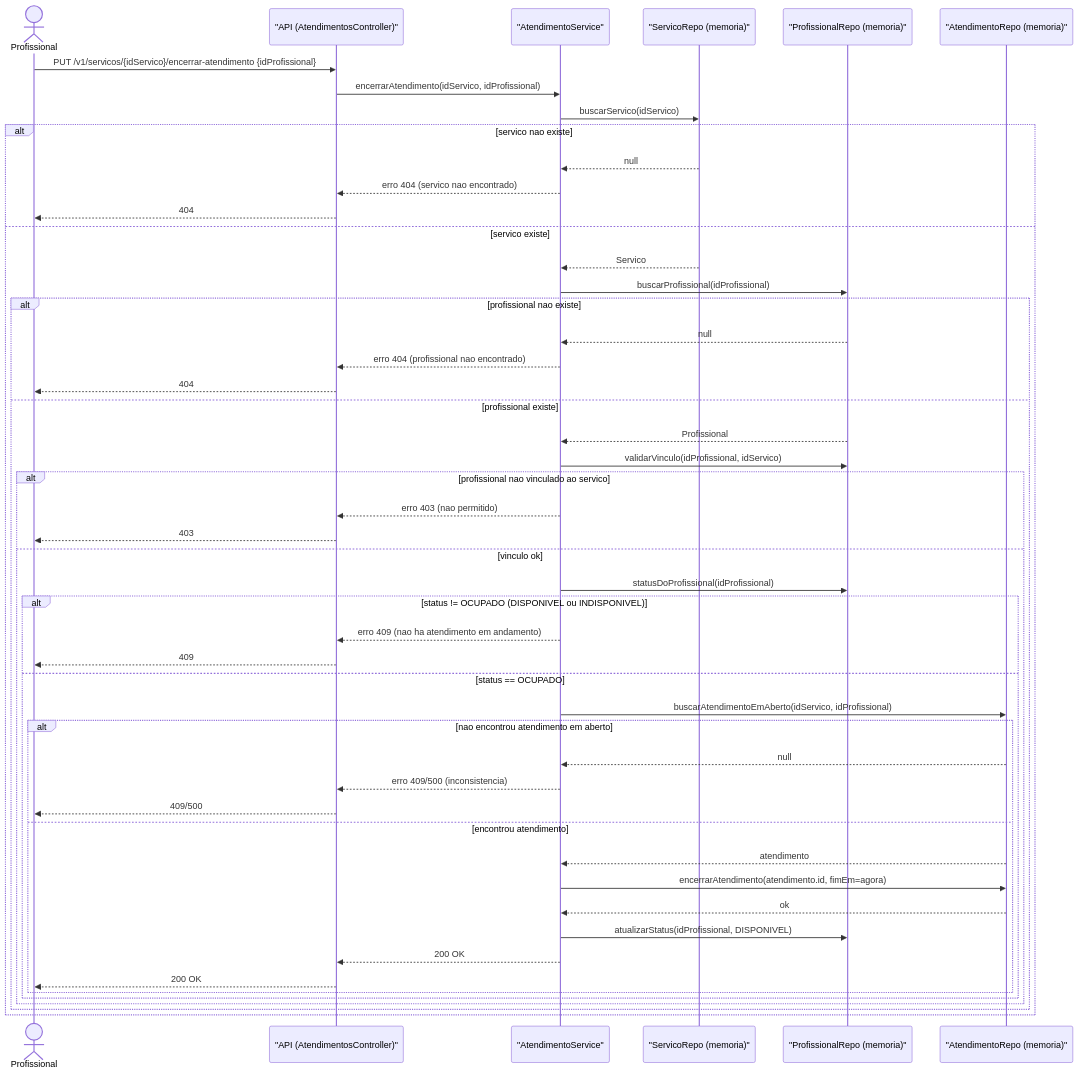
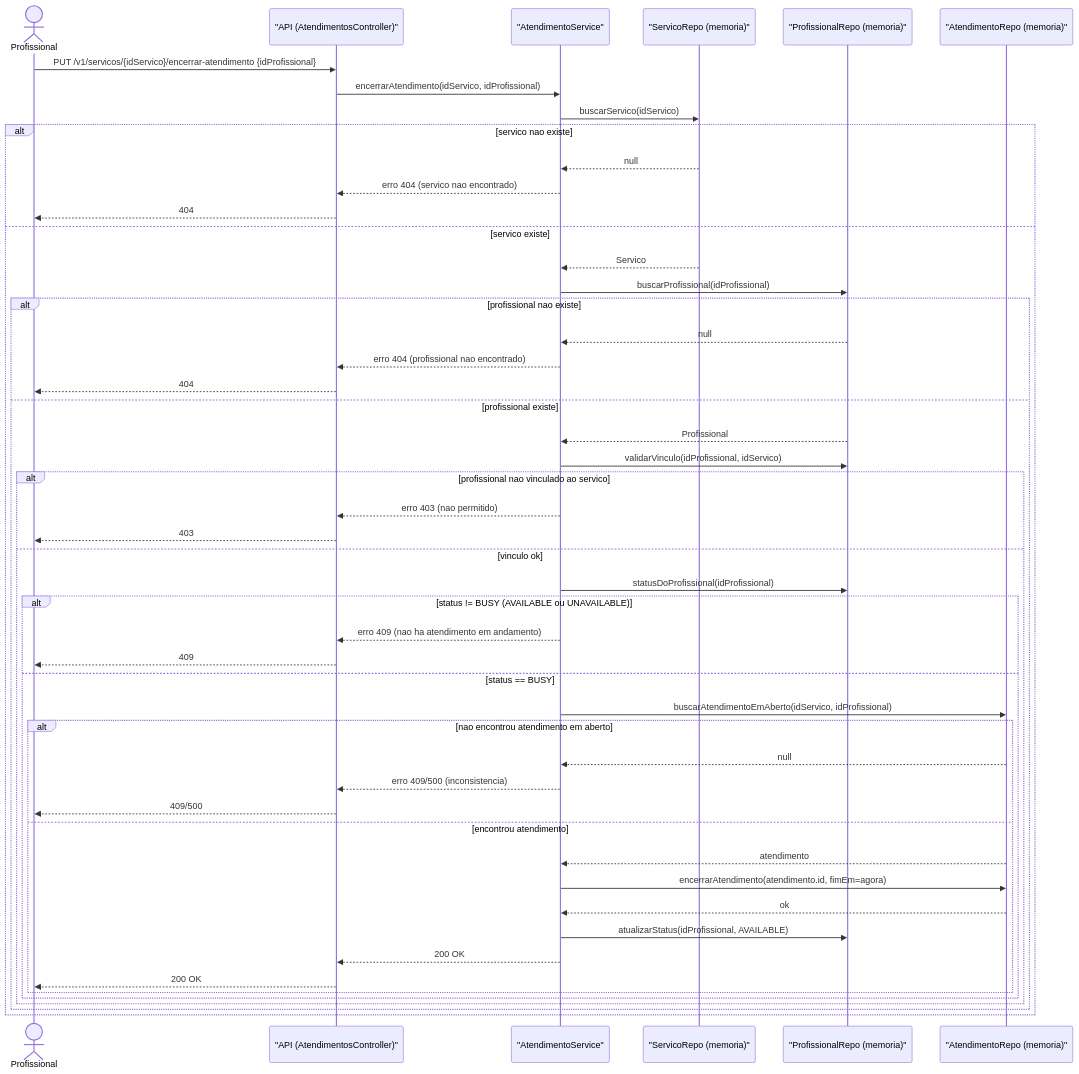
Before and after one commit to IsabelaSiqueira1/systemPDI: the second of 11 diagrams in docs/sequence_diagram.md, drawn with Mermaid. The commit also changed other lines of this file and 2 other files, not shown here.

````diff
--- a/docs/sequence_diagram.md
+++ b/docs/sequence_diagram.md
@@ -160,62 +160,62 @@
 ```mermaid
 
 sequenceDiagram
     actor Prof as Profissional
     participant API as "API (AtendimentosController)"
     participant SVC as "AtendimentoService"
     participant SRepo as "ServicoRepo (memoria)"
     participant PRepo as "ProfissionalRepo (memoria)"
     participant ARepo as "AtendimentoRepo (memoria)"
 
     Prof->>API: PUT /v1/servicos/{idServico}/encerrar-atendimento {idProfissional}
     API->>SVC: encerrarAtendimento(idServico, idProfissional)
 
     SVC->>SRepo: buscarServico(idServico)
     alt servico nao existe
         SRepo-->>SVC: null
         SVC-->>API: erro 404 (servico nao encontrado)
         API-->>Prof: 404
     else servico existe
         SRepo-->>SVC: Servico
 
         SVC->>PRepo: buscarProfissional(idProfissional)
         alt profissional nao existe
             PRepo-->>SVC: null
             SVC-->>API: erro 404 (profissional nao encontrado)
             API-->>Prof: 404
         else profissional existe
             PRepo-->>SVC: Profissional
 
             SVC->>PRepo: validarVinculo(idProfissional, idServico)
             alt profissional nao vinculado ao servico
                 SVC-->>API: erro 403 (nao permitido)
                 API-->>Prof: 403
             else vinculo ok
 
                 SVC->>PRepo: statusDoProfissional(idProfissional)
-                alt status != OCUPADO (DISPONIVEL ou INDISPONIVEL)
+                alt status != BUSY (AVAILABLE ou UNAVAILABLE)
                     SVC-->>API: erro 409 (nao ha atendimento em andamento)
                     API-->>Prof: 409
-                else status == OCUPADO
+                else status == BUSY
 
                     SVC->>ARepo: buscarAtendimentoEmAberto(idServico, idProfissional)
                     alt nao encontrou atendimento em aberto
                         ARepo-->>SVC: null
                         SVC-->>API: erro 409/500 (inconsistencia)
                         API-->>Prof: 409/500
                     else encontrou atendimento
                         ARepo-->>SVC: atendimento
 
                         SVC->>ARepo: encerrarAtendimento(atendimento.id, fimEm=agora)
                         ARepo-->>SVC: ok
 
-                        SVC->>PRepo: atualizarStatus(idProfissional, DISPONIVEL)
+                        SVC->>PRepo: atualizarStatus(idProfissional, AVAILABLE)
 
                         SVC-->>API: 200 OK
                         API-->>Prof: 200 OK
                     end
                 end
             end
         end
     end
 ```
````
